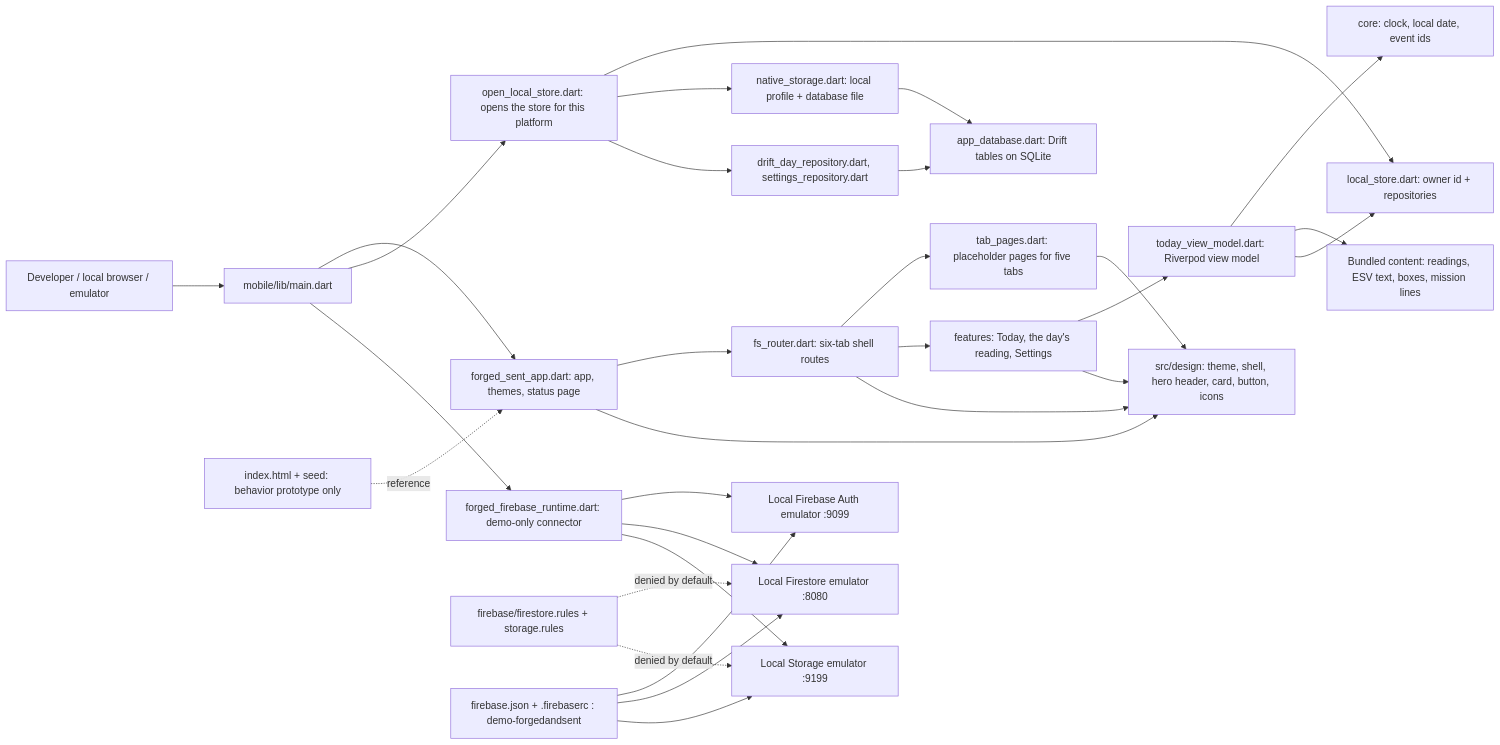
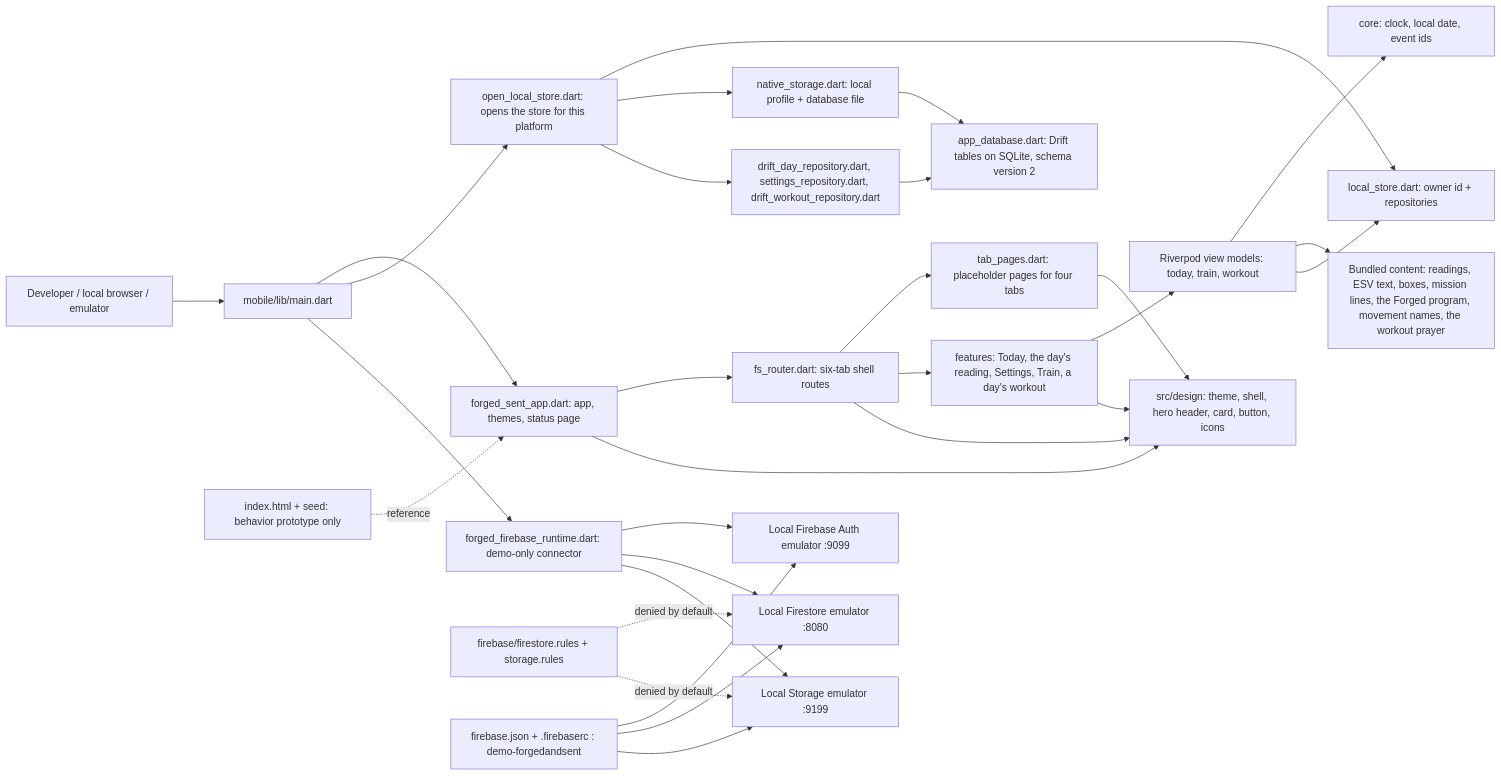
The first of 3 diagrams in docs/architecture/SYSTEM.md (Forged-Sent/ForgedAndSentFitness), drawn with Mermaid before and after one commit. The commit also changed other lines of this file and 12 other files, not shown here.

````diff
--- a/docs/architecture/SYSTEM.md
+++ b/docs/architecture/SYSTEM.md
@@ -7,32 +7,32 @@
 ```mermaid
 flowchart LR
     Person[Developer / local browser / emulator] --> Entry[mobile/lib/main.dart]
     Entry --> UI[forged_sent_app.dart: app, themes, status page]
     UI --> Router[fs_router.dart: six-tab shell routes]
-    Router --> Pages[tab_pages.dart: placeholder pages for five tabs]
-    Router --> Screens[features: Today, the day's reading, Settings]
-    Screens --> VM[today_view_model.dart: Riverpod view model]
+    Router --> Pages[tab_pages.dart: placeholder pages for four tabs]
+    Router --> Screens[features: Today, the day's reading, Settings, Train, a day's workout]
+    Screens --> VM[Riverpod view models: today, train, workout]
     Screens --> Design
     VM --> Core[core: clock, local date, event ids]
-    VM --> Content[Bundled content: readings, ESV text, boxes, mission lines]
+    VM --> Content[Bundled content: readings, ESV text, boxes, mission lines, the Forged program, movement names, the workout prayer]
     VM --> LocalStore[local_store.dart: owner id + repositories]
     Entry --> Open[open_local_store.dart: opens the store for this platform]
     Open --> LocalStore
     Open --> Native[native_storage.dart: local profile + database file]
-    Open --> Repos[drift_day_repository.dart, settings_repository.dart]
-    Repos --> Sqlite[app_database.dart: Drift tables on SQLite]
+    Open --> Repos[drift_day_repository.dart, settings_repository.dart, drift_workout_repository.dart]
+    Repos --> Sqlite[app_database.dart: Drift tables on SQLite, schema version 2]
     Native --> Sqlite
     UI --> Design[src/design: theme, shell, hero header, card, button, icons]
     Router --> Design
     Pages --> Design
     Entry --> Runtime[forged_firebase_runtime.dart: demo-only connector]
     Runtime --> Auth[Local Firebase Auth emulator :9099]
     Runtime --> DB[Local Firestore emulator :8080]
     Runtime --> Store[Local Storage emulator :9199]
     Rules[firebase/firestore.rules + storage.rules] -. denied by default .-> DB
     Rules -. denied by default .-> Store
     Demo[firebase.json + .firebaserc : demo-forgedandsent] --> Auth
     Demo --> DB
     Demo --> Store
     Legacy[index.html + seed: behavior prototype only] -. reference .-> UI
 ```
````
